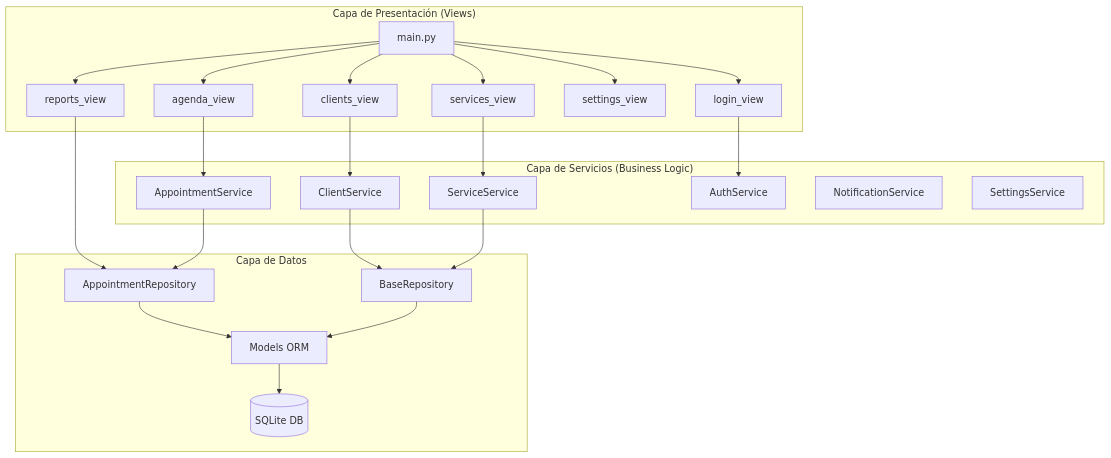
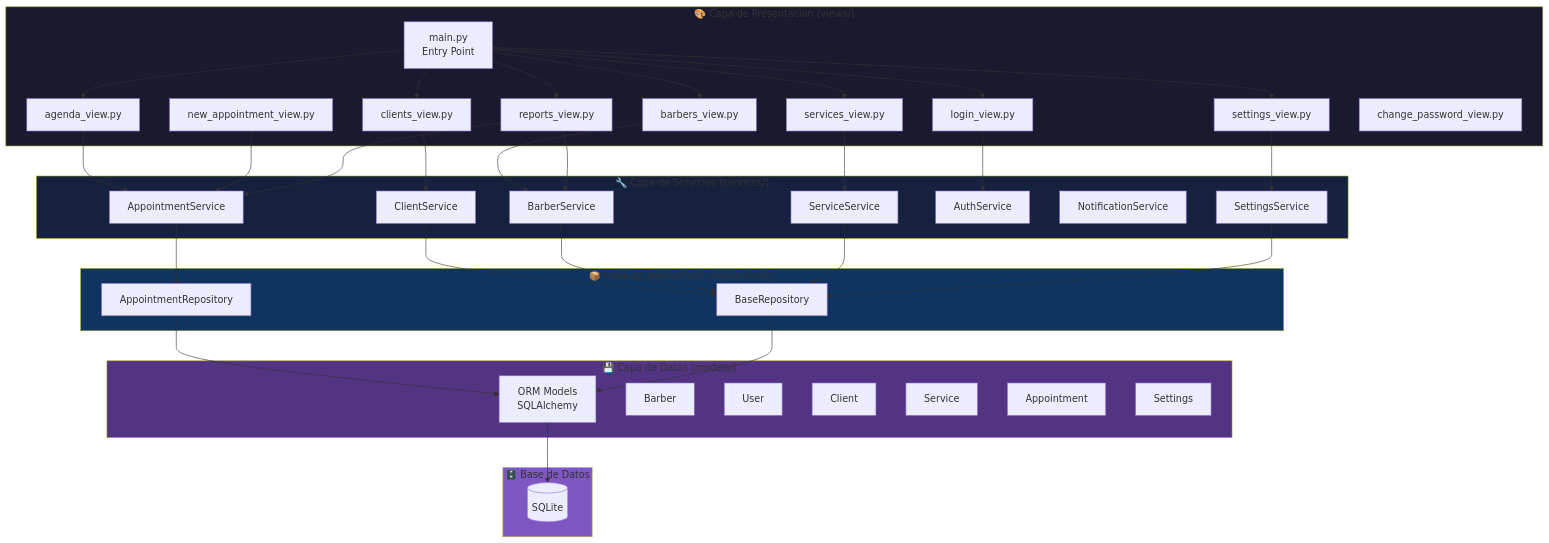
The first of 5 diagrams in docs/arquitectura.md (AlexisAcevedo/BarberManager), drawn with Mermaid before and after one commit. The commit also changed other lines of this file and 11 other files, not shown here.

````diff
--- a/docs/arquitectura.md
+++ b/docs/arquitectura.md
@@ -9,41 +42,79 @@
 ```mermaid
 graph TB
-    subgraph UI["Capa de Presentación (Views)"]
-        A[main.py] --> B[agenda_view]
-        A --> C[clients_view]
-        A --> D[reports_view]
-        A --> E[services_view]
-        A --> F[settings_view]
-        A --> G[login_view]
+    subgraph Presentation["🎨 Capa de Presentación (views/)"]
+        Main[main.py<br/>Entry Point]
+        Login[login_view.py]
+        Agenda[agenda_view.py]
+        Clients[clients_view.py]
+        Barbers[barbers_view.py]
+        Services[services_view.py]
+        Reports[reports_view.py]
+        Settings[settings_view.py]
+        NewAppt[new_appointment_view.py]
+        ChangePwd[change_password_view.py]
+        
+        Main --> Login
+        Main --> Agenda
+        Main --> Clients
+        Main --> Barbers
+        Main --> Services
+        Main --> Reports
+        Main --> Settings
     end
     
-    subgraph Services["Capa de Servicios (Business Logic)"]
-        H[AppointmentService]
-        I[ClientService]
-        J[ServiceService]
-        K[AuthService]
-        L[NotificationService]
-        M[SettingsService]
+    subgraph ServiceLayer["🔧 Capa de Servicios (services/)"]
+        ApptService[AppointmentService]
+        ClientService[ClientService]
+        BarberService[BarberService]
+        ServiceSvc[ServiceService]
+        AuthService[AuthService]
+        NotifService[NotificationService]
+        SettingsService[SettingsService]
     end
     
-    subgraph Data["Capa de Datos"]
-        N[AppointmentRepository]
-        O[BaseRepository]
-        P[Models ORM]
-        Q[(SQLite DB)]
+    subgraph RepositoryLayer["📦 Capa de Repositorios (repositories/)"]
+        BaseRepo[BaseRepository]
+        ApptRepo[AppointmentRepository]
     end
     
-    B --> H
-    C --> I
-    D --> N
-    E --> J
-    G --> K
+    subgraph DataLayer["💾 Capa de Datos (models/)"]
+        Models[ORM Models<br/>SQLAlchemy]
+        Barber[Barber]
+        User[User]
+        Client[Client]
+        Service[Service]
+        Appointment[Appointment]
+        SettingsModel[Settings]
+    end
     
-    H --> N
-    I --> O
-    J --> O
+    subgraph Database["🗄️ Base de Datos"]
+        SQLite[(SQLite)]
+    end
     
-    N --> P
-    O --> P
-    P --> Q
+    Agenda --> ApptService
+    NewAppt --> ApptService
+    Clients --> ClientService
+    Barbers --> BarberService
+    Services --> ServiceSvc
+    Login --> AuthService
+    Reports --> ApptService
+    Reports --> BarberService
+    Settings --> SettingsService
+    
+    ApptService --> ApptRepo
+    ClientService --> BaseRepo
+    BarberService --> BaseRepo
+    ServiceSvc --> BaseRepo
+    SettingsService --> BaseRepo
+    
+    ApptRepo --> Models
+    BaseRepo --> Models
+    
+    Models --> SQLite
+    
+    style Presentation fill:#1a1a2e
+    style ServiceLayer fill:#16213e
+    style RepositoryLayer fill:#0f3460
+    style DataLayer fill:#533483
+    style Database fill:#7e57c2
 ```
````
